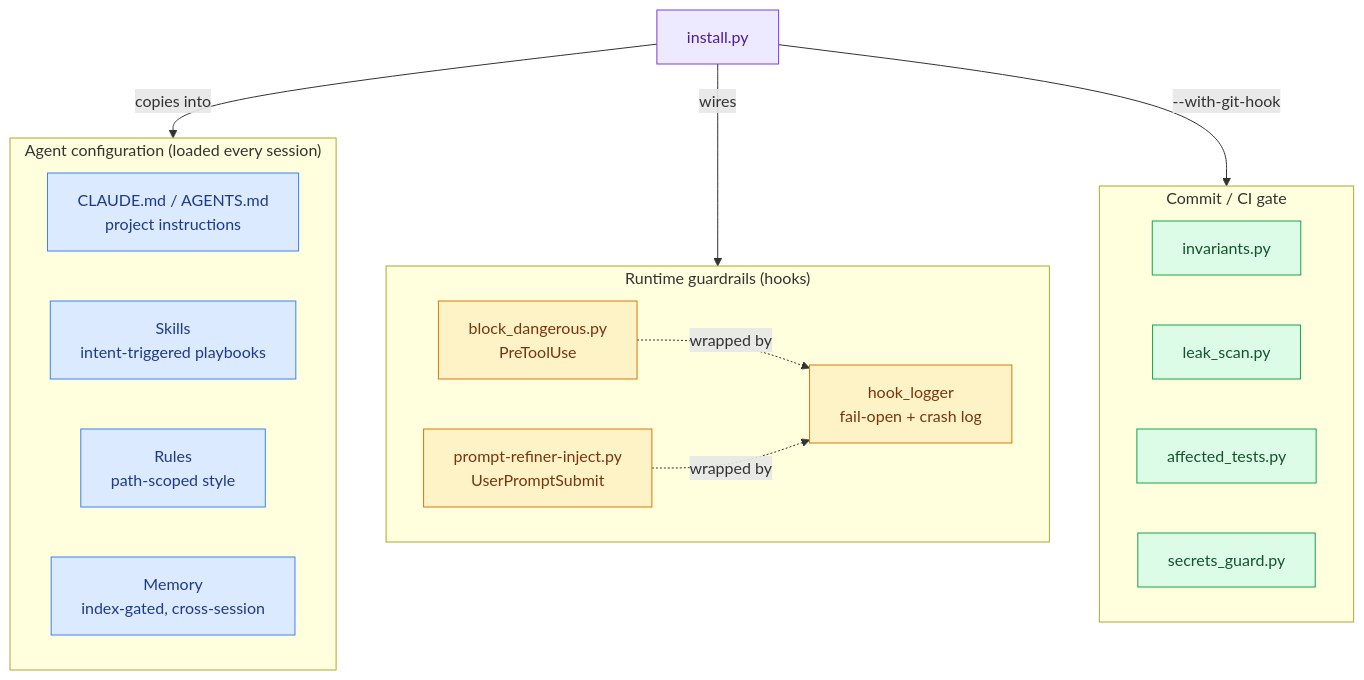
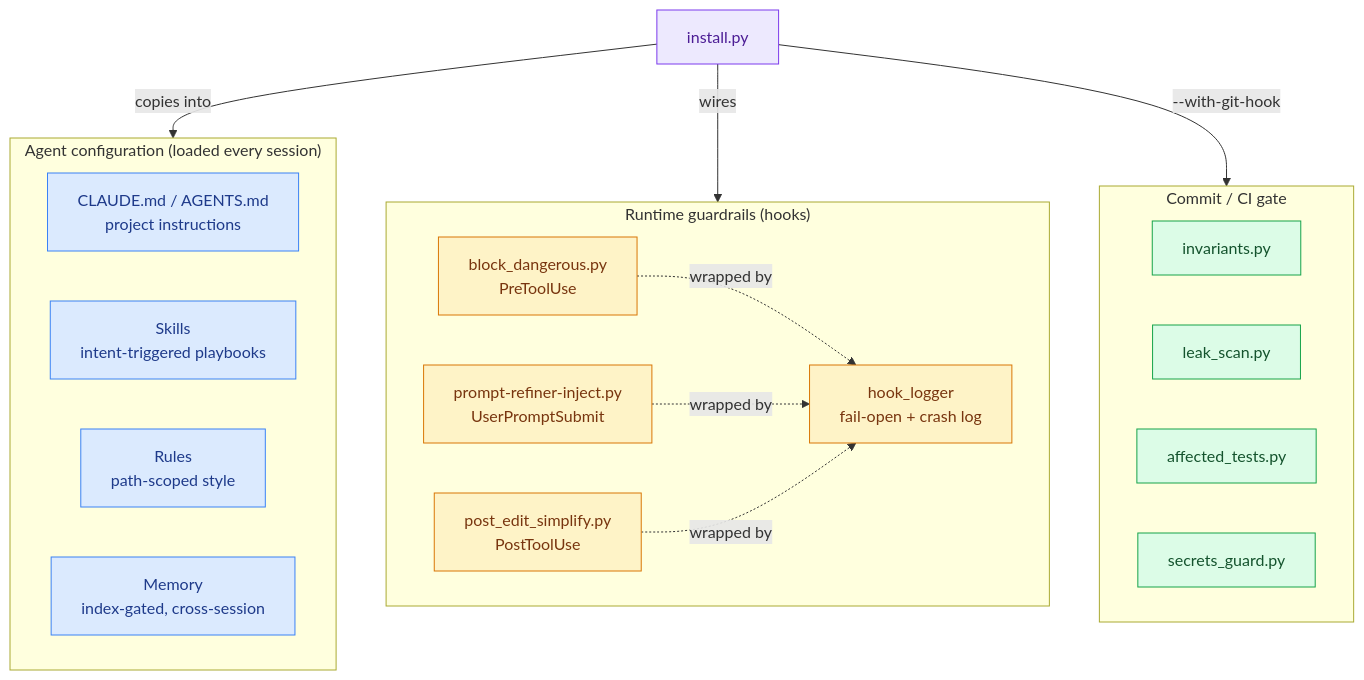
Before and after one commit to doivamong/agent-workbench: the diagram in README.md, drawn with Mermaid. The commit also changed other lines of this file and 6 other files, not shown here.

First line of the commit message:
feat(hooks): add post-edit-simplify PostToolUse reminder

````diff
--- a/README.md
+++ b/README.md
@@ -81,39 +81,41 @@
 ```mermaid
 flowchart TB
     subgraph agent["Agent configuration (loaded every session)"]
         cfg["CLAUDE.md / AGENTS.md<br/>project instructions"]
         skills["Skills<br/>intent-triggered playbooks"]
         rules["Rules<br/>path-scoped style"]
         mem["Memory<br/>index-gated, cross-session"]
     end
 
     subgraph guards["Runtime guardrails (hooks)"]
         block["block_dangerous.py<br/>PreToolUse"]
         refine["prompt-refiner-inject.py<br/>UserPromptSubmit"]
+        simplify["post_edit_simplify.py<br/>PostToolUse"]
         wrap["hook_logger<br/>fail-open + crash log"]
     end
 
     subgraph gate["Commit / CI gate"]
         inv["invariants.py"]
         leak["leak_scan.py"]
         aff["affected_tests.py"]
         sec["secrets_guard.py"]
     end
 
     install["install.py"] -->|copies into| agent
     install -->|wires| guards
     install -->|"--with-git-hook"| gate
 
     block -.->|wrapped by| wrap
     refine -.->|wrapped by| wrap
+    simplify -.->|wrapped by| wrap
 
     classDef config fill:#dbeafe,stroke:#3b82f6,color:#1e3a8a
     classDef hook fill:#fef3c7,stroke:#d97706,color:#78350f
     classDef check fill:#dcfce7,stroke:#16a34a,color:#14532d
     classDef entry fill:#ede9fe,stroke:#7c3aed,color:#4c1d95
 
     class cfg,skills,rules,mem config
-    class block,refine,wrap hook
+    class block,refine,simplify,wrap hook
     class inv,leak,aff,sec check
     class install entry
 ```
````
